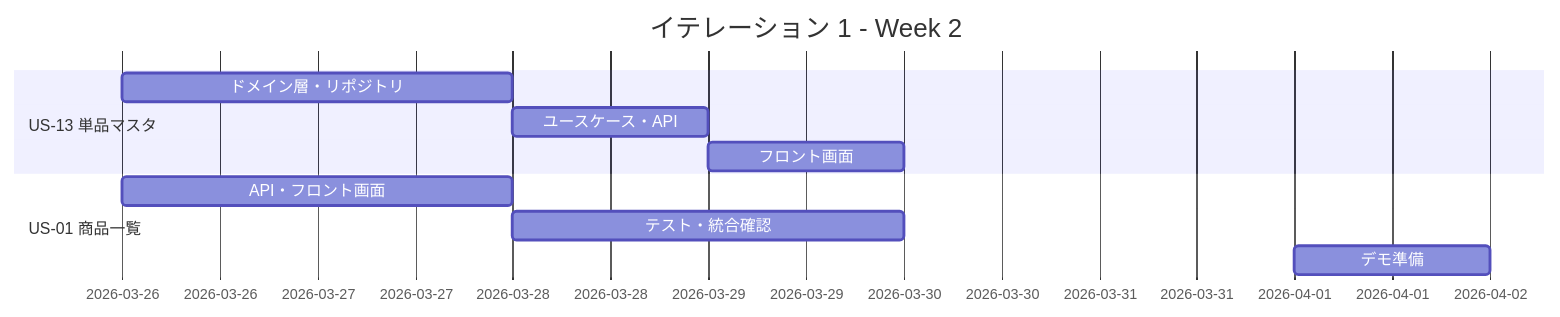
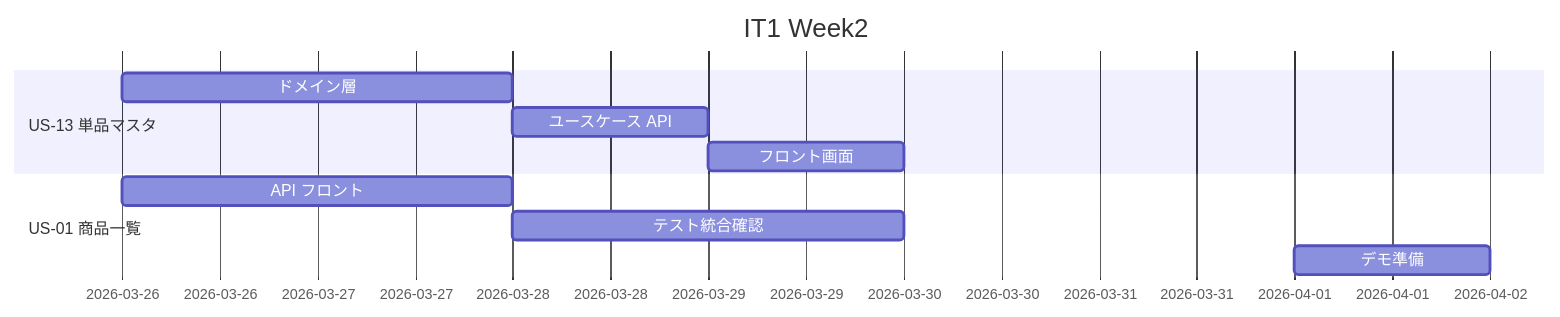
The second of 3 diagrams in docs/development/iteration_plan-1.md (k2works/case-study-sdd-development), drawn with Mermaid before and after one commit. The commit also changed other lines of this file and 1 other file, not shown here.

Commit message:
docs(development): mermaid ガントチャートの構文エラーを修正

````diff
--- a/docs/development/iteration_plan-1.md
+++ b/docs/development/iteration_plan-1.md
@@ -179,13 +179,13 @@
 ```mermaid
 gantt
-    title イテレーション 1 - Week 2
-    dateFormat  YYYY-MM-DD
+    title IT1 Week2
+    dateFormat YYYY-MM-DD
     section US-13 単品マスタ
-    ドメイン層・リポジトリ        :a01, 2026-03-26, 2d
-    ユースケース・API             :a02, after a01, 1d
-    フロント画面                  :a03, after a02, 1d
+    ドメイン層        :a01, 2026-03-26, 2d
+    ユースケース API  :a02, after a01, 1d
+    フロント画面      :a03, after a02, 1d
     section US-01 商品一覧
-    API・フロント画面             :a04, 2026-03-26, 2d
-    テスト・統合確認              :a05, after a04, 2d
-    デモ準備                      :a06, 2026-04-01, 1d
+    API フロント      :a04, 2026-03-26, 2d
+    テスト統合確認    :a05, after a04, 2d
+    デモ準備          :a06, 2026-04-01, 1d
 ```
````
